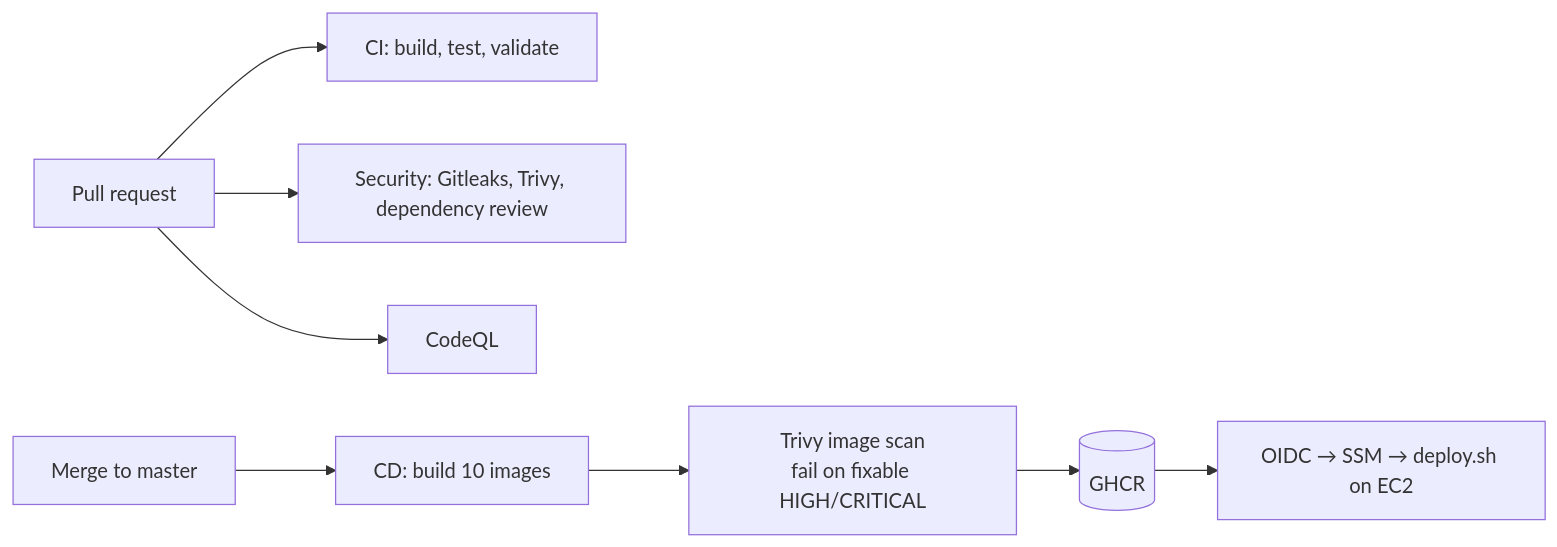
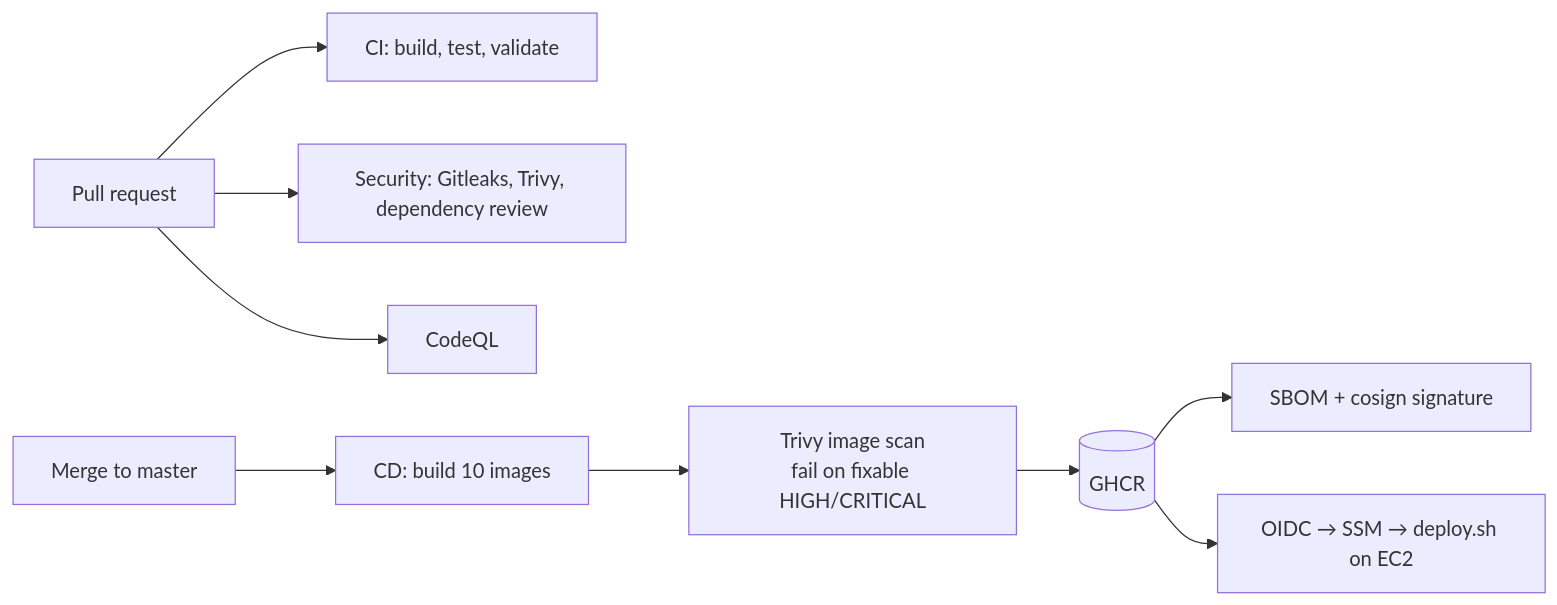
Before and after one commit to DSheth2004/shopsphere-cloud-native: the third of 3 diagrams in README.md, drawn with Mermaid. The commit also changed other lines of this file and 3 other files, not shown here.

````diff
--- a/README.md
+++ b/README.md
@@ -469,10 +469,11 @@
 ```mermaid
 flowchart LR
   PR[Pull request] --> CI[CI: build, test, validate]
   PR --> SEC[Security: Gitleaks, Trivy, dependency review]
   PR --> CQ[CodeQL]
   Merge[Merge to master] --> CD[CD: build 10 images]
   CD --> Scan[Trivy image scan<br/>fail on fixable HIGH/CRITICAL]
   Scan --> GHCR[(GHCR)]
+  GHCR --> Sign[SBOM + cosign signature]
   GHCR --> Deploy[OIDC → SSM → deploy.sh on EC2]
 ```
````
